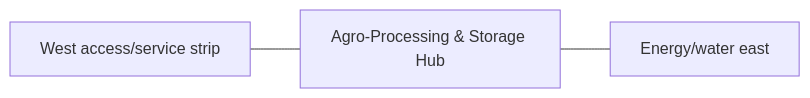
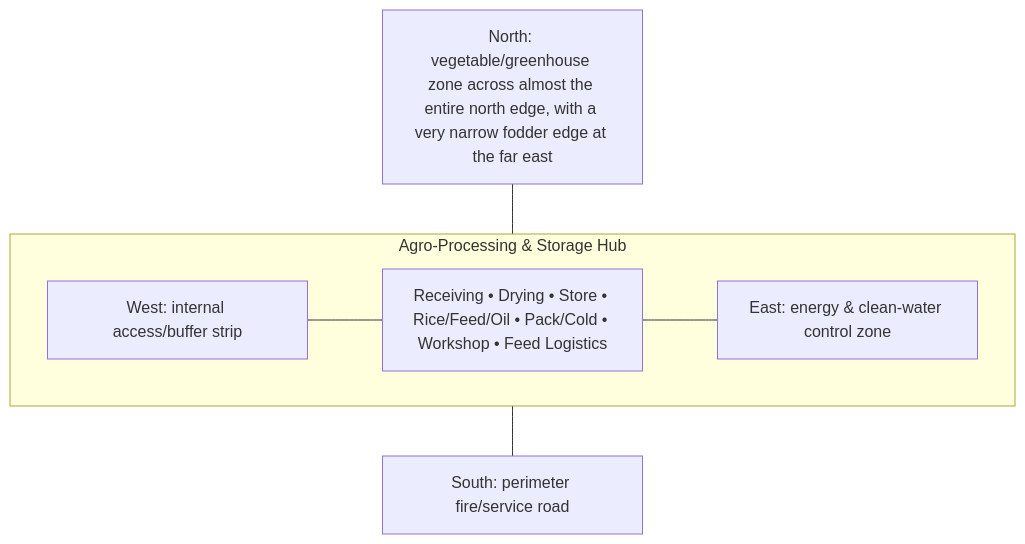
The diagram in spaces/11-processing-storage/ARCHITECTURE.md (agro-firm/Self-Sufficient-Eco-Farm), drawn with Mermaid before and after one commit. The commit also changed other lines of this file and 31 other files, not shown here.

Commit message:
Add full per-space architecture and blueprint authorities

````diff
--- a/spaces/11-processing-storage/ARCHITECTURE.md
+++ b/spaces/11-processing-storage/ARCHITECTURE.md
@@ -41,7 +58,14 @@
 ```mermaid
-flowchart LR
-    A["West access/service strip"]
-    S["Agro-Processing & Storage Hub"]
-    B["Energy/water east"]
-    A --- S --- B
+flowchart TB
+    N["North: vegetable/greenhouse zone across almost the entire north edge, with a very narrow fodder edge at the far east"]
+    subgraph ROW["Agro-Processing & Storage Hub"]
+      direction LR
+      W["West: internal access/buffer strip"]
+      C["Receiving • Drying • Store • Rice/Feed/Oil • Pack/Cold • Workshop • Feed Logistics"]
+      E["East: energy & clean-water control zone"]
+      W --- C --- E
+    end
+    S["South: perimeter fire/service road"]
+    N --- C
+    C --- S
 ```
````
